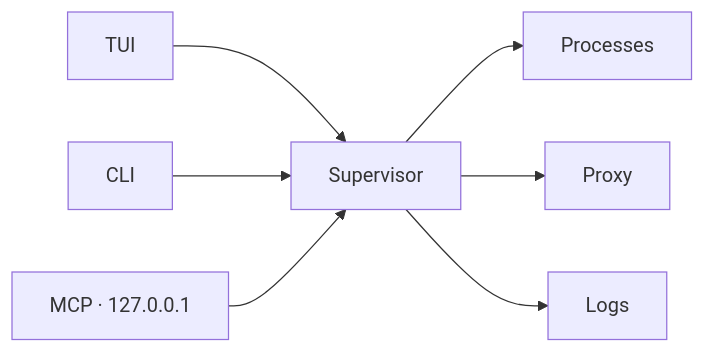
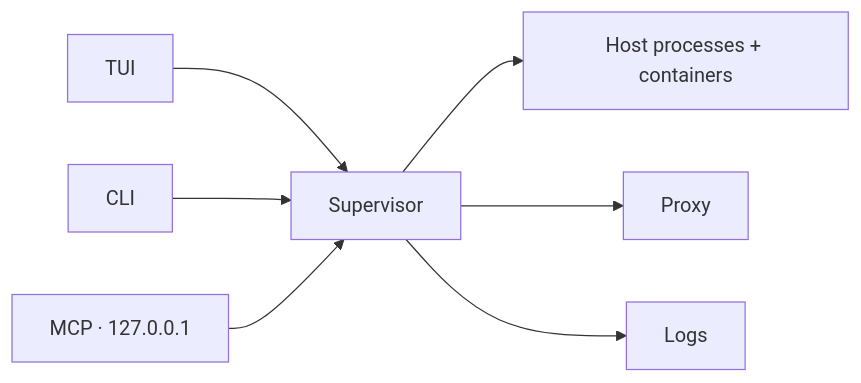
The diagram in README.md (amr-m-abdelgawad/devctl), drawn with Mermaid before and after one commit. The commit also changed other lines of this file and 32 other files, not shown here.

````diff
--- a/README.md
+++ b/README.md
@@ -123,9 +123,9 @@
 ```mermaid
 flowchart LR
   TUI --> Supervisor
   CLI --> Supervisor
   MCP["MCP · 127.0.0.1"] --> Supervisor
-  Supervisor --> Processes
+  Supervisor --> Runtime["Host processes + containers"]
   Supervisor --> Proxy
   Supervisor --> Logs
 ```
````
